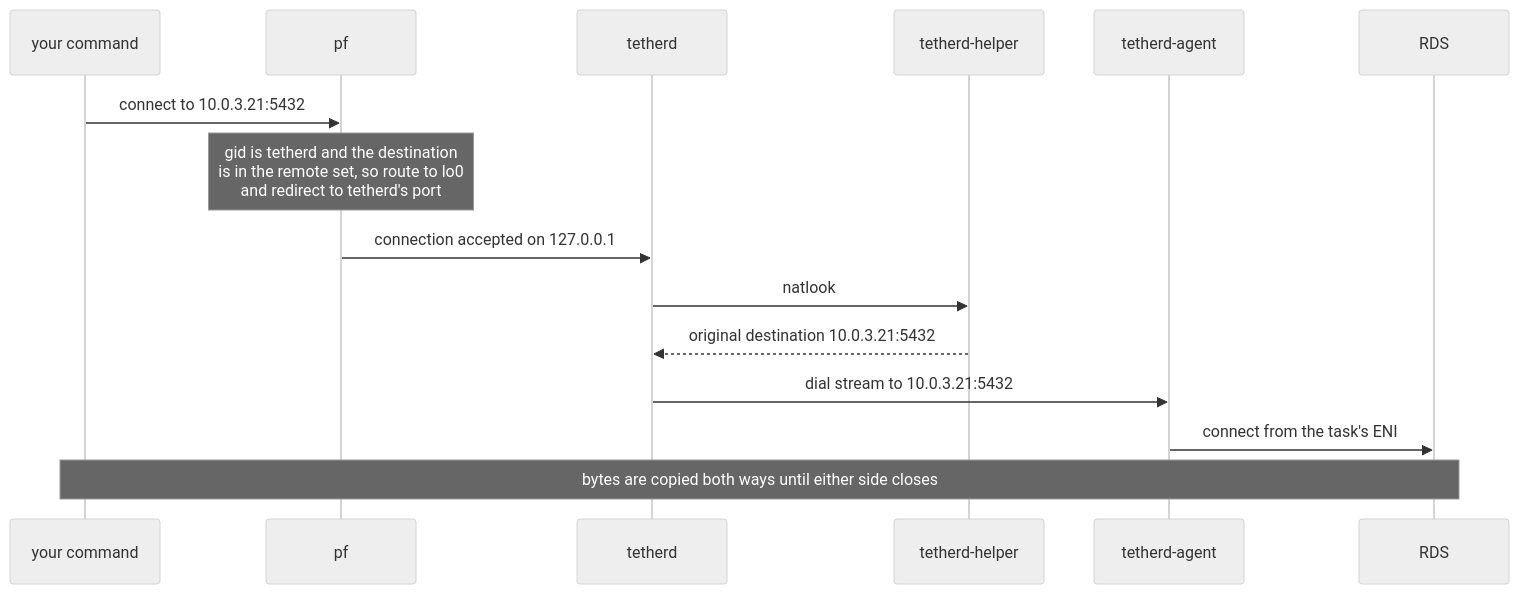
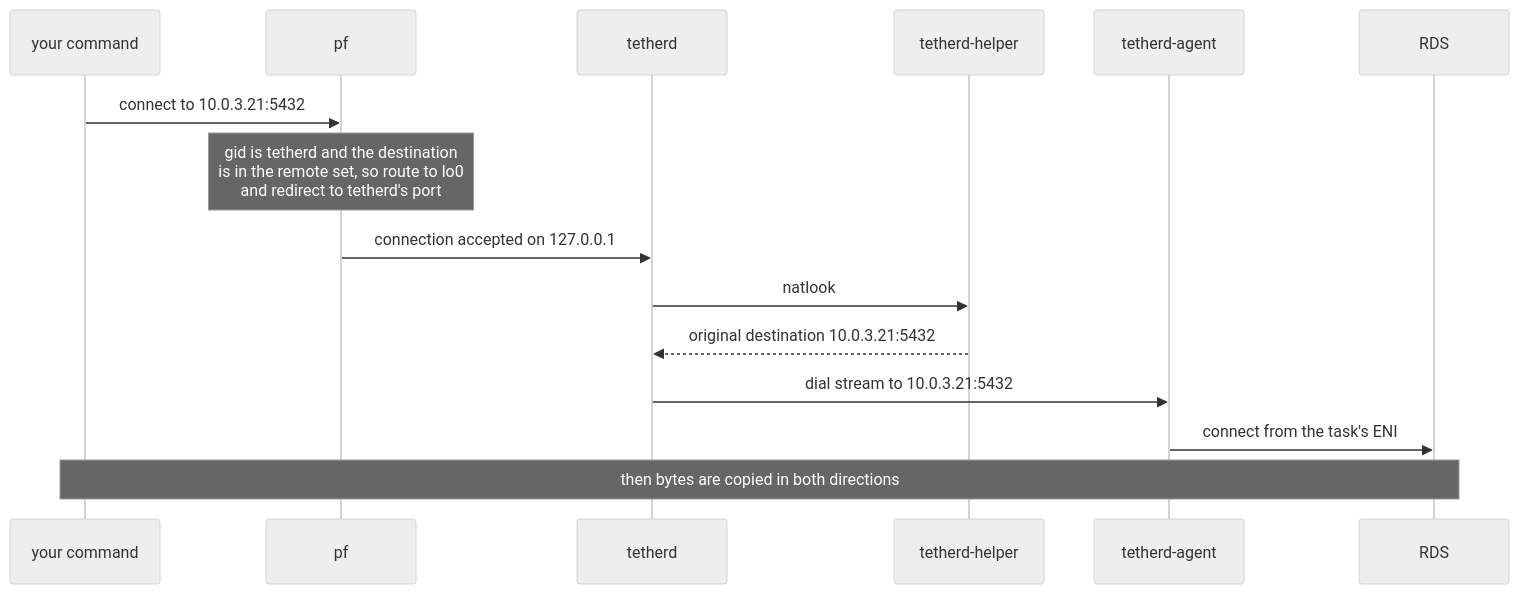
One commit to kyosu-1/tetherd changed the second of 3 diagrams in README.md. Above: the diagram before and after it, drawn with Mermaid (neutral theme). The commit also changed other lines of this file, not shown here.

````diff
--- a/README.md
+++ b/README.md
@@ -199,17 +170,17 @@
 ```mermaid
 sequenceDiagram
   participant C as your command
   participant K as pf
   participant T as tetherd
   participant H as tetherd-helper
   participant A as tetherd-agent
   participant R as RDS
   C->>K: connect to 10.0.3.21:5432
   Note over K: gid is tetherd and the destination<br/>is in the remote set, so route to lo0<br/>and redirect to tetherd's port
   K->>T: connection accepted on 127.0.0.1
   T->>H: natlook
   H-->>T: original destination 10.0.3.21:5432
   T->>A: dial stream to 10.0.3.21:5432
   A->>R: connect from the task's ENI
-  Note over C,R: bytes are copied both ways until either side closes
+  Note over C,R: then bytes are copied in both directions
 ```
````
